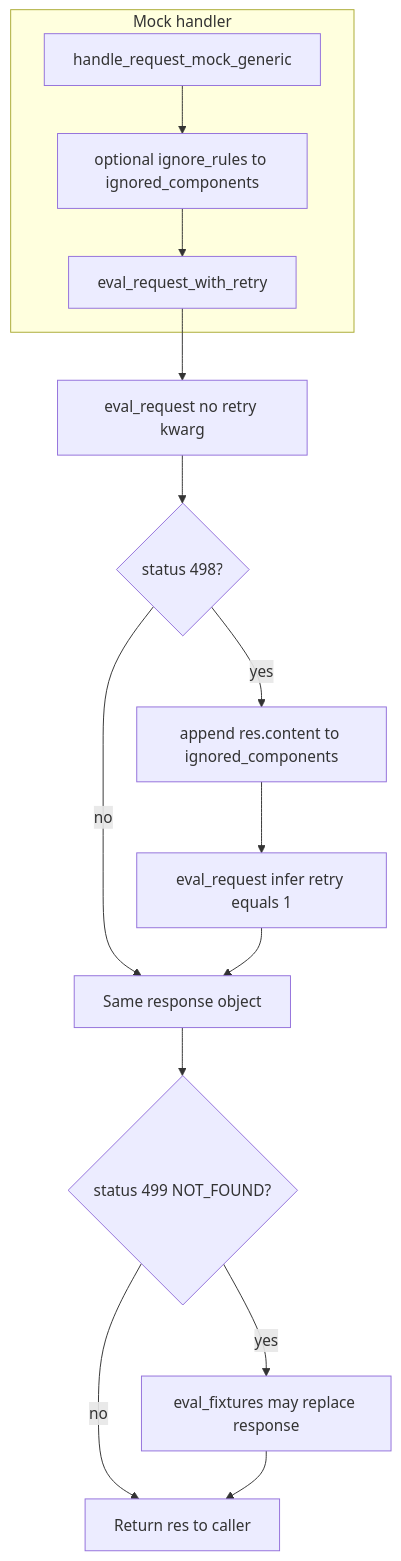
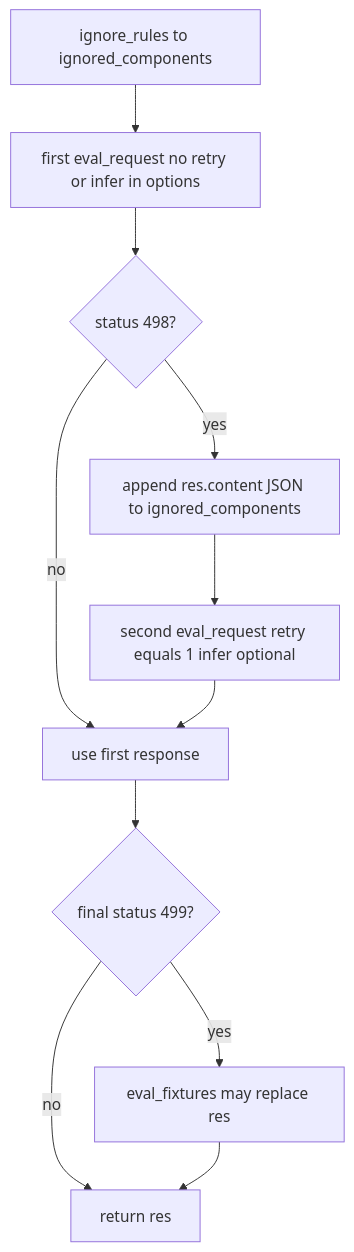
One commit to Stoobly/stoobly-agent changed the first of 4 diagrams in docs/mock-request-matching.md. Above: the diagram before and after it, drawn with Mermaid. The commit also changed other lines of this file, not shown here.

Commit message:
Increase diagrams

````diff
--- a/docs/mock-request-matching.md
+++ b/docs/mock-request-matching.md
@@ -31,19 +11,13 @@
 ```mermaid
 flowchart TB
-  subgraph entry [Mock handler]
-    HMG[handle_request_mock_generic]
-    Rules[optional ignore_rules to ignored_components]
-    EvalRetry[eval_request_with_retry]
-  end
-  HMG --> Rules --> EvalRetry
-  EvalRetry --> FirstTry[eval_request no retry kwarg]
-  FirstTry --> D1{status 498?}
-  D1 -->|yes| Append[append res.content to ignored_components]
-  Append --> SecondTry[eval_request infer retry equals 1]
-  D1 -->|no| Merge[Same response object]
-  SecondTry --> Merge
-  Merge --> D2{status 499 NOT_FOUND?}
-  D2 -->|yes| Fixtures[eval_fixtures may replace response]
-  D2 -->|no| Out[Return res to caller]
-  Fixtures --> Out
+  IR[ignore_rules to ignored_components] --> E1["first eval_request no retry or infer in options"]
+  E1 --> S1{status 498?}
+  S1 -->|yes| App[append res.content JSON to ignored_components]
+  App --> E2["second eval_request retry equals 1 infer optional"]
+  S1 -->|no| M[use first response]
+  E2 --> M
+  M --> S2{final status 499?}
+  S2 -->|yes| FX[eval_fixtures may replace res]
+  S2 -->|no| OUT[return res]
+  FX --> OUT
 ```
````
